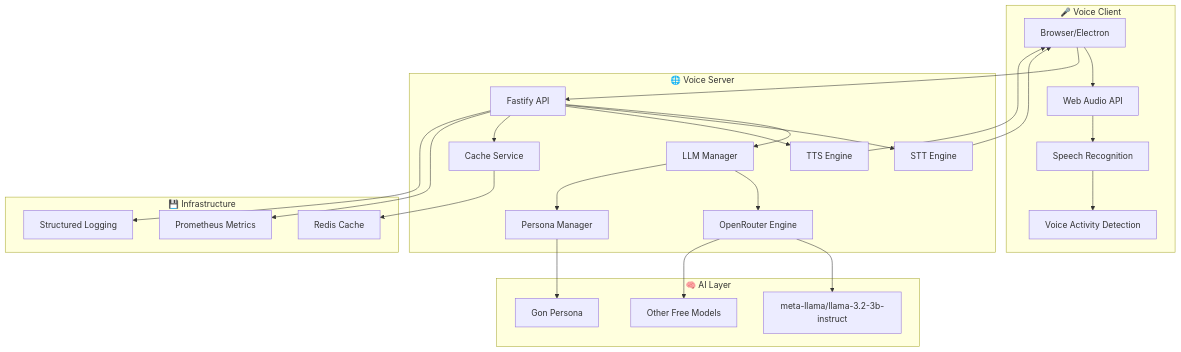
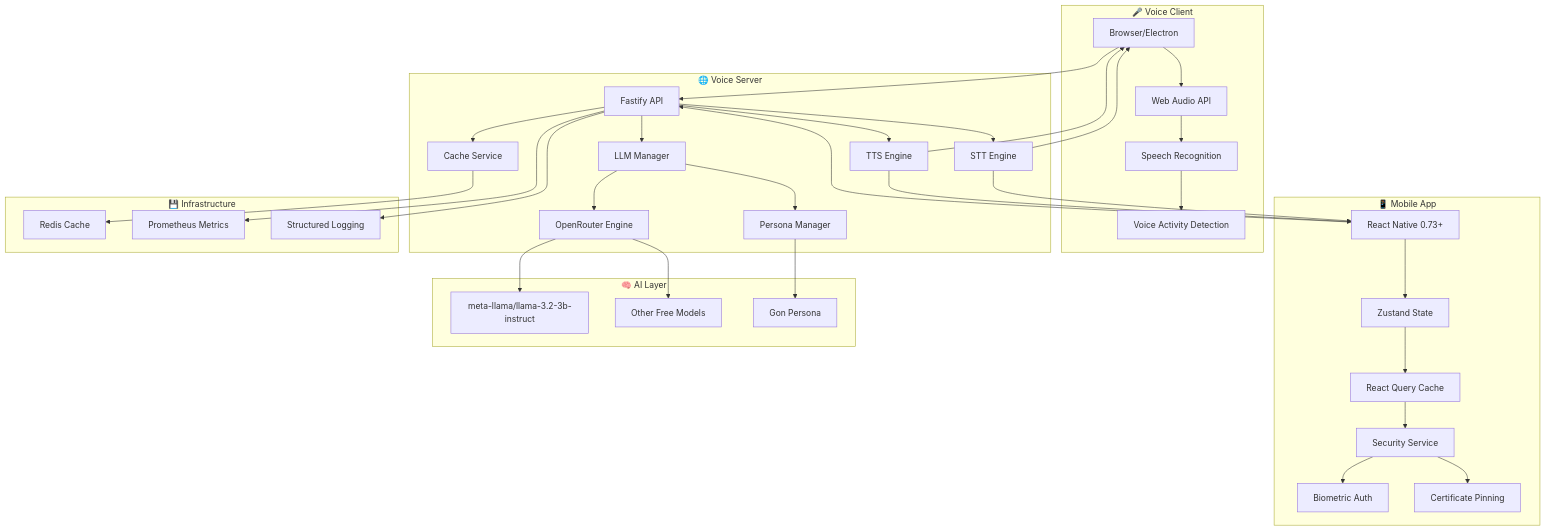
The diagram in README.md (techishthoughts-org/real-time-stt-with-tts), drawn with Mermaid before and after one commit. The commit also changed other lines of this file and 25 other files, not shown here.

First line of the commit message:
feat: Complete 2025 Mobile App Edition with Enterprise Security

````diff
--- a/README.md
+++ b/README.md
@@ -19,33 +20,44 @@
 ```mermaid
 graph TB
     subgraph "🎤 Voice Client"
         A[Browser/Electron] --> B[Web Audio API]
         B --> C[Speech Recognition]
         C --> D[Voice Activity Detection]
+    end
+
+    subgraph "📱 Mobile App"
+        A2[React Native 0.73+] --> B2[Zustand State]
+        B2 --> C2[React Query Cache]
+        C2 --> D2[Security Service]
+        D2 --> E2[Biometric Auth]
+        D2 --> F2[Certificate Pinning]
     end
 
     subgraph "🌐 Voice Server"
         E[Fastify API] --> F[LLM Manager]
         F --> G[OpenRouter Engine]
         F --> H[Persona Manager]
         E --> I[STT Engine]
         E --> J[TTS Engine]
         E --> K[Cache Service]
     end
 
     subgraph "🧠 AI Layer"
         G --> L[meta-llama/llama-3.2-3b-instruct]
         G --> M[Other Free Models]
         H --> N[Gon Persona]
     end
 
     subgraph "💾 Infrastructure"
         K --> O[Redis Cache]
         E --> P[Prometheus Metrics]
         E --> Q[Structured Logging]
     end
 
     A --> E
+    A2 --> E
     I --> A
+    I --> A2
     J --> A
+    J --> A2
 ```
````
